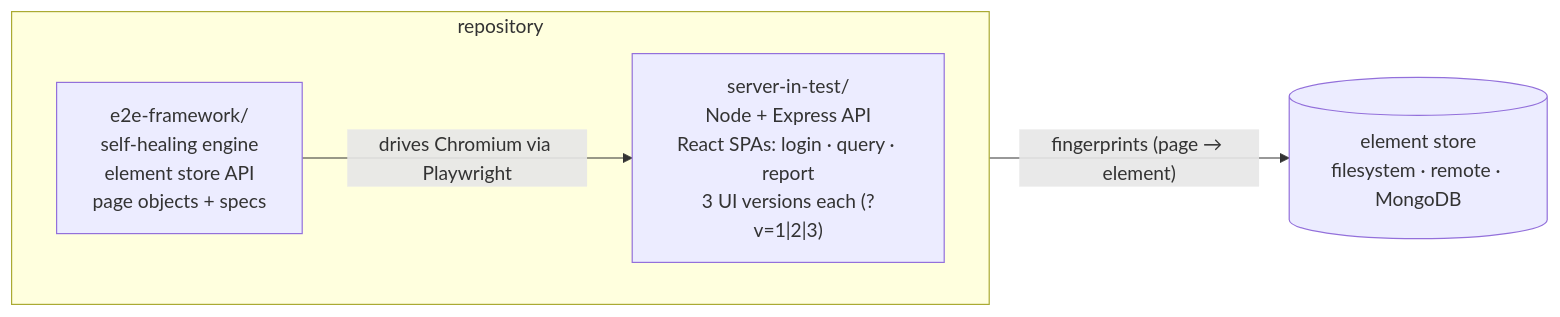
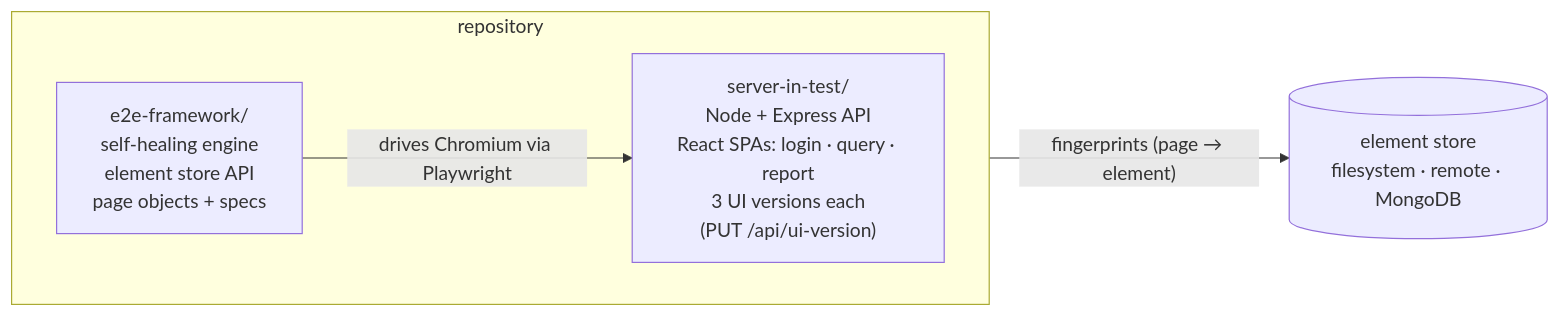
One commit to immer-b/self-healing-e2e-tests changed the first of 2 diagrams in README.md. Above: the diagram before and after it, drawn with Mermaid. The commit also changed other lines of this file and 25 other files, not shown here.

````diff
--- a/README.md
+++ b/README.md
@@ -7,10 +7,10 @@
 ```mermaid
 flowchart LR
   subgraph repo[repository]
     direction LR
-    SIT["server-in-test/<br/>Node + Express API<br/>React SPAs: login · query · report<br/>3 UI versions each (?v=1|2|3)"]
+    SIT["server-in-test/<br/>Node + Express API<br/>React SPAs: login · query · report<br/>3 UI versions each<br/>(PUT /api/ui-version)"]
     FW["e2e-framework/<br/>self-healing engine<br/>element store API<br/>page objects + specs"]
   end
   FW -- "drives Chromium via Playwright" --> SIT
   FW -- "fingerprints (page → element)" --> STORE[("element store<br/>filesystem · remote · MongoDB")]
 ```
````
